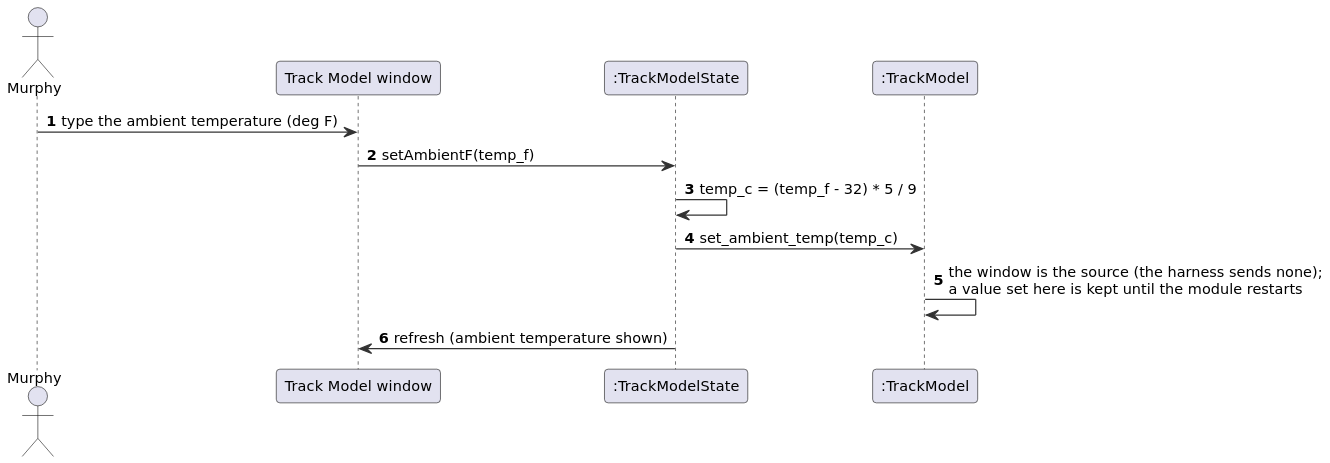
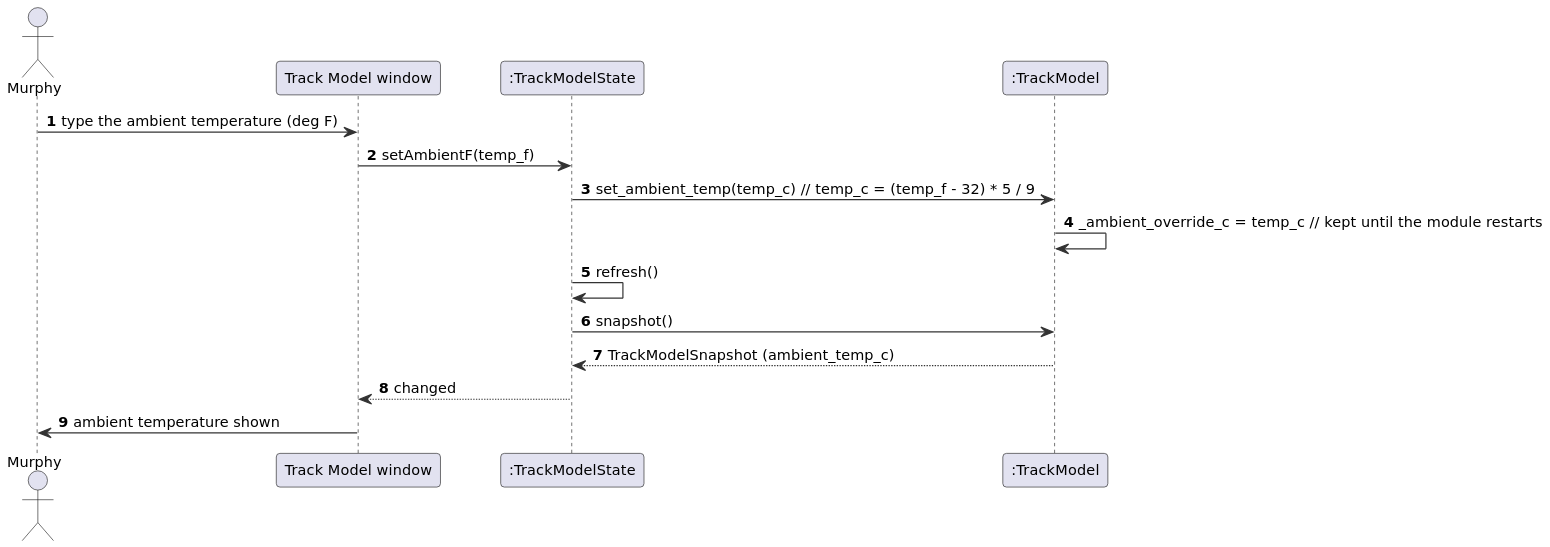
Before and after one commit to Landiss04/Track-Overflow: the diagram in documents/uml/track_model/sd12_temperature.puml, drawn with PlantUML. The commit also changed 39 other files, not shown here.

First line of the commit message:
Track Model diagrams: sequence messages show the real method calls; use case actors joined by plain lines

```diff
--- a/documents/uml/track_model/sd12_temperature.puml
+++ b/documents/uml/track_model/sd12_temperature.puml
@@ -1,22 +1,25 @@
 @startuml
 skinparam shadowing false
 skinparam dpi 170
 skinparam defaultFontName DejaVu Sans
 skinparam defaultFontSize 12
 skinparam roundCorner 6
 skinparam ArrowColor #333333
 skinparam BackgroundColor white
 skinparam sequenceMessageAlign left
 skinparam ParticipantPadding 20
 autonumber
 actor Murphy
 participant "Track Model window" as W
 participant ":TrackModelState" as S
 participant ":TrackModel" as TM
 Murphy -> W : type the ambient temperature (deg F)
 W -> S : setAmbientF(temp_f)
-S -> S : temp_c = (temp_f - 32) * 5 / 9
-S -> TM : set_ambient_temp(temp_c)
-TM -> TM : the window is the source (the harness sends none);\na value set here is kept until the module restarts
-S -> W : refresh (ambient temperature shown)
+S -> TM : set_ambient_temp(temp_c)  // temp_c = (temp_f - 32) * 5 / 9
+TM -> TM : _ambient_override_c = temp_c  // kept until the module restarts
+S -> S : refresh()
+S -> TM : snapshot()
+TM --> S : TrackModelSnapshot (ambient_temp_c)
+S --> W : changed
+W -> Murphy : ambient temperature shown
 @enduml
```
